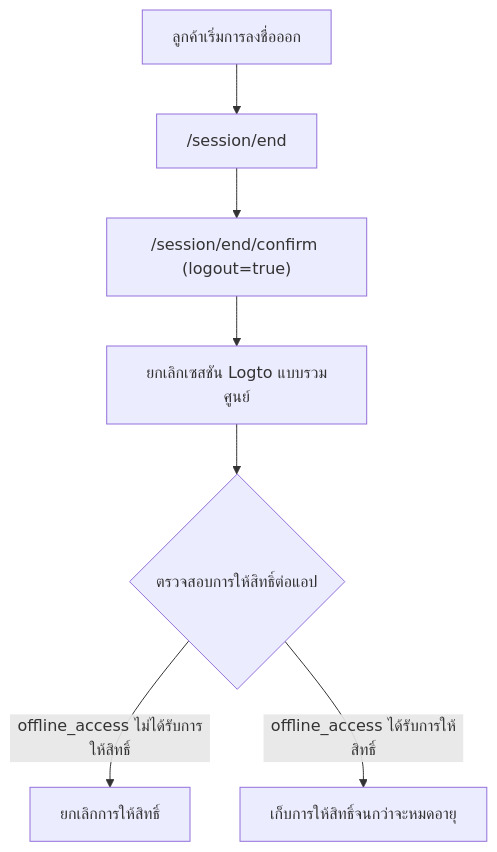
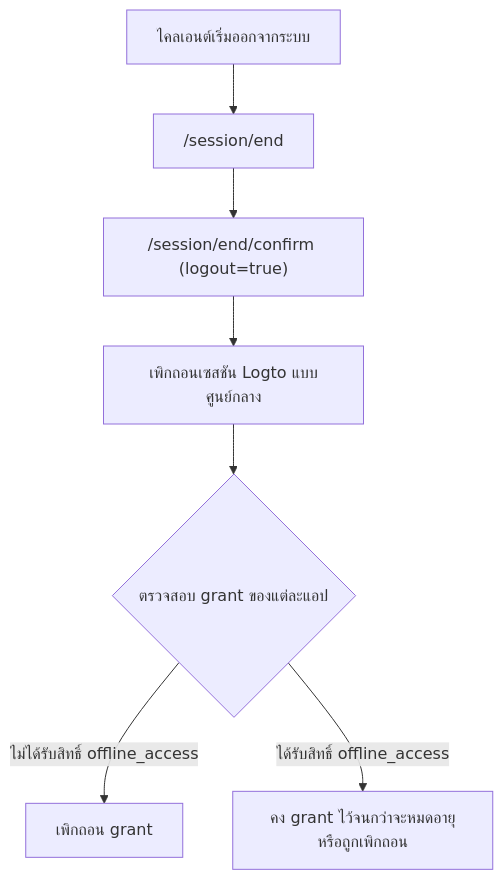
The diagram in i18n/th/docusaurus-plugin-content-docs/current/end-user-flows/sign-out.mdx (logto-io/docs), drawn with Mermaid before and after one commit. The commit also changed other lines of this file and 66 other files, not shown here.

````diff
--- a/i18n/th/docusaurus-plugin-content-docs/current/end-user-flows/sign-out.mdx
+++ b/i18n/th/docusaurus-plugin-content-docs/current/end-user-flows/sign-out.mdx
@@ -45,9 +45,9 @@
 ```mermaid
 flowchart TD
-  A["ลูกค้าเริ่มการลงชื่อออก"] --> B["/session/end"]
+  A["ไคลเอนต์เริ่มออกจากระบบ"] --> B["/session/end"]
   B --> C["/session/end/confirm (logout=true)"]
-  C --> D["ยกเลิกเซสชัน Logto แบบรวมศูนย์"]
-  D --> E{"ตรวจสอบการให้สิทธิ์ต่อแอป"}
-  E -->|"offline_access ไม่ได้รับการให้สิทธิ์"| F["ยกเลิกการให้สิทธิ์"]
-  E -->|"offline_access ได้รับการให้สิทธิ์"| G["เก็บการให้สิทธิ์จนกว่าจะหมดอายุ"]
+  C --> D["เพิกถอนเซสชัน Logto แบบศูนย์กลาง"]
+  D --> E{"ตรวจสอบ grant ของแต่ละแอป"}
+  E -->|"ไม่ได้รับสิทธิ์ offline_access"| F["เพิกถอน grant"]
+  E -->|"ได้รับสิทธิ์ offline_access"| G["คง grant ไว้จนกว่าจะหมดอายุหรือถูกเพิกถอน"]
 ```
````
